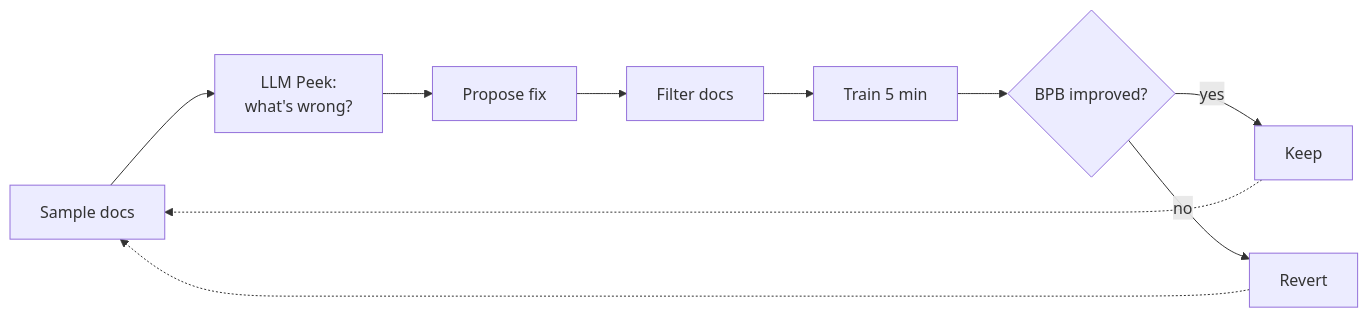
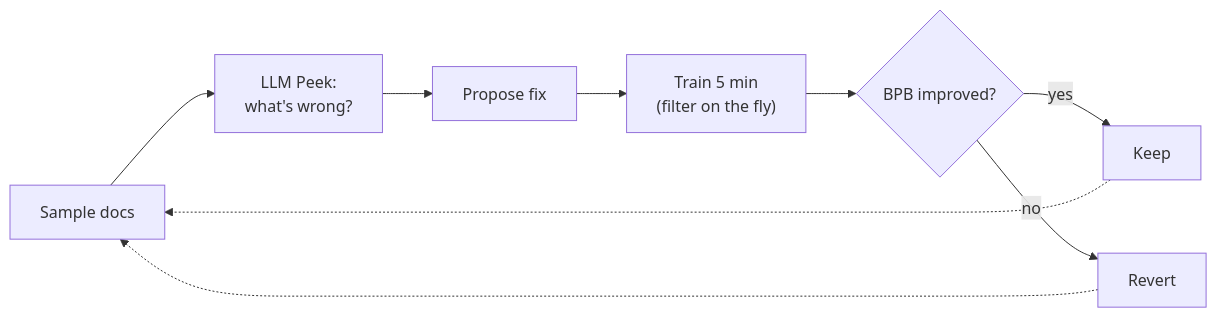
The diagram in ARCHITECTURE.md (bwang-pplx/autocurate), drawn with Mermaid before and after one commit.

Commit message:
Update diagram: filter on the fly during training

````diff
--- a/ARCHITECTURE.md
+++ b/ARCHITECTURE.md
@@ -1,11 +1,10 @@
 ```mermaid
 flowchart LR
     A["Sample docs"] --> B["LLM Peek:<br/>what's wrong?"]
     B --> C["Propose fix"]
-    C --> D["Filter docs"]
-    D --> E["Train 5 min"]
-    E --> F{"BPB improved?"}
-    F -->|yes| G["Keep"]
-    F -->|no| H["Revert"]
-    G & H -.-> A
+    C --> D["Train 5 min<br/>(filter on the fly)"]
+    D --> E{"BPB improved?"}
+    E -->|yes| F["Keep"]
+    E -->|no| G["Revert"]
+    F & G -.-> A
 ```
````
